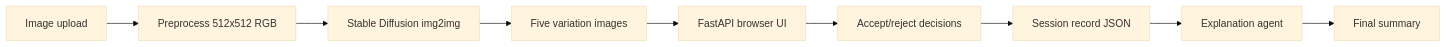
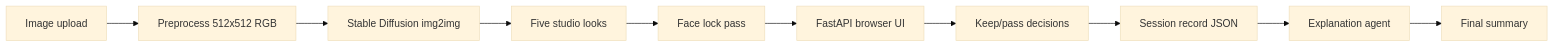
Before and after one commit to mauricio-alvarez/interactive-visual-variation-system: the diagram in docs/architecture.md, drawn with Mermaid (base theme). The commit also changed other lines of this file and 23 other files, not shown here.

````diff
--- a/docs/architecture.md
+++ b/docs/architecture.md
@@ -9,11 +9,12 @@
 ```mermaid
 flowchart LR
     A["Image upload"] --> B["Preprocess 512x512 RGB"]
     B --> C["Stable Diffusion img2img"]
-    C --> D["Five variation images"]
-    D --> E["FastAPI browser UI"]
-    E --> F["Accept/reject decisions"]
-    F --> G["Session record JSON"]
-    G --> H["Explanation agent"]
-    H --> I["Final summary"]
+    C --> D["Five studio looks"]
+    D --> E["Face lock pass"]
+    E --> F["FastAPI browser UI"]
+    F --> G["Keep/pass decisions"]
+    G --> H["Session record JSON"]
+    H --> I["Explanation agent"]
+    I --> J["Final summary"]
 ```
````
